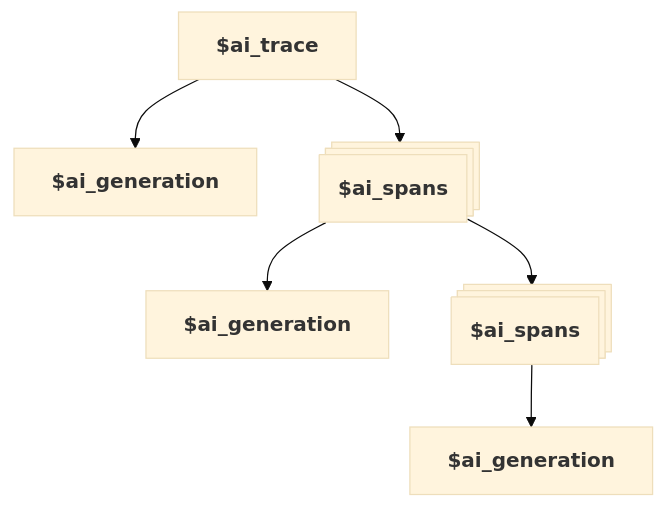
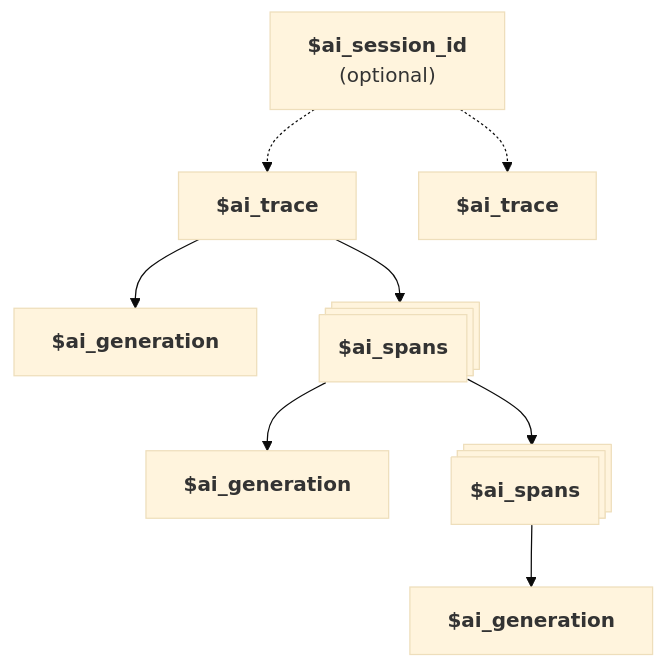
One commit to PostHog/posthog.com changed the diagram in contents/docs/llm-analytics/traces.mdx. Above: the diagram before and after it, drawn with Mermaid (base theme). The commit also changed other lines of this file and 2 other files, not shown here.

````diff
--- a/contents/docs/llm-analytics/traces.mdx
+++ b/contents/docs/llm-analytics/traces.mdx
@@ -39,21 +39,27 @@
 ```mermaid
 flowchart TD
 
+    S["<strong>$ai_session_id</strong><br/>(optional)"]
+
     A[<strong>$ai_trace</strong>]
-            
+
+    A2[<strong>$ai_trace</strong>]
+
     B[<strong>$ai_generation</strong>]
-      
+
     C@{ shape: processes, label: "<strong>$ai_spans</strong>" }
 
     D[<strong>$ai_generation</strong>]
 
     E@{ shape: processes, label: "<strong>$ai_spans</strong>" }
 
     F[<strong>$ai_generation</strong>]
 
+    S -.-> A
+    S -.-> A2
     A --> B
     A --> C
     C --> D
     C --> E
     E --> F
 ```
````
